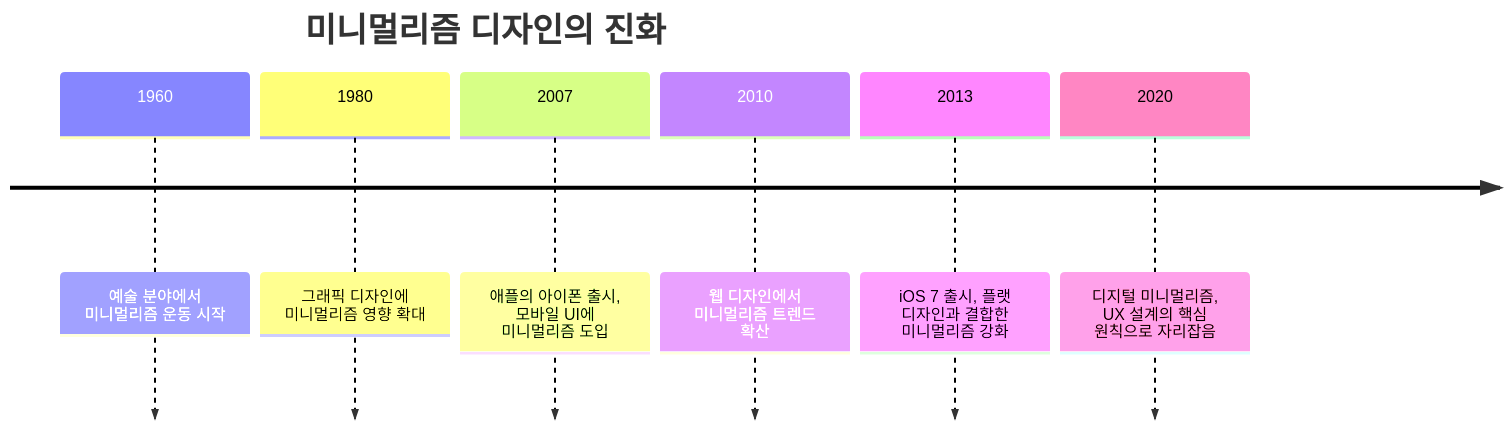
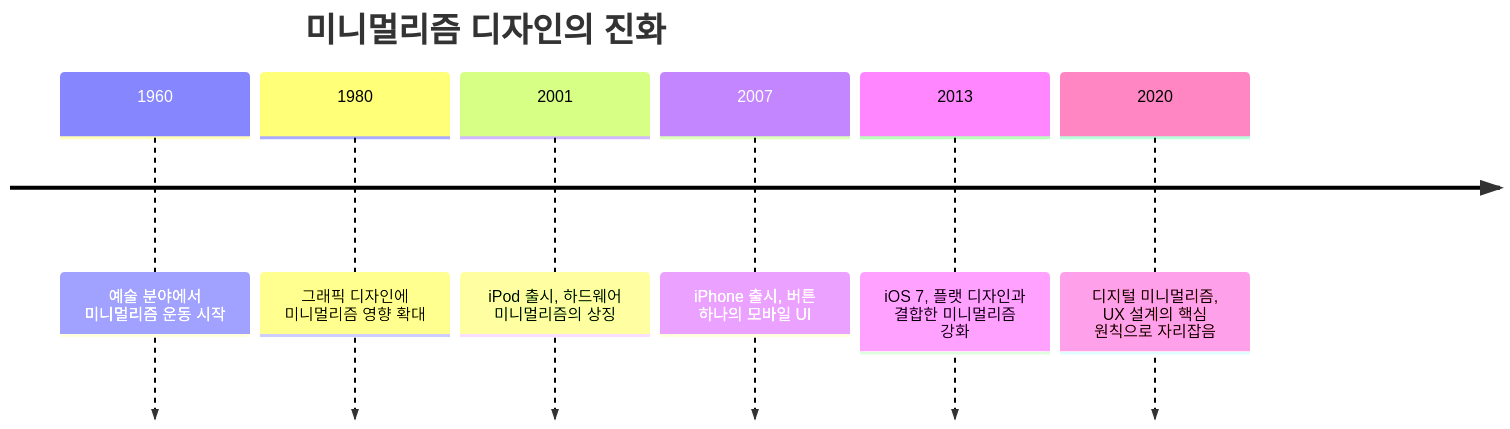
Before and after one commit to saejinpark/saejinpark.github.io: the diagram in _posts/design/style/2024-08-25-minimalism.md, drawn with Mermaid. The commit also changed other lines of this file and 23 other files, not shown here.

```diff
--- a/_posts/design/style/2024-08-25-minimalism.md
+++ b/_posts/design/style/2024-08-25-minimalism.md
@@ -33,10 +39,10 @@
 <div class="mermaid">
 timeline
   title 미니멀리즘 디자인의 진화
   1960 : 예술 분야에서 미니멀리즘 운동 시작
   1980 : 그래픽 디자인에 미니멀리즘 영향 확대
-  2007 : 애플의 아이폰 출시, 모바일 UI에 미니멀리즘 도입
-  2010 : 웹 디자인에서 미니멀리즘 트렌드 확산
-  2013 : iOS 7 출시, 플랫 디자인과 결합한 미니멀리즘 강화
+  2001 : iPod 출시, 하드웨어 미니멀리즘의 상징
+  2007 : iPhone 출시, 버튼 하나의 모바일 UI
+  2013 : iOS 7, 플랫 디자인과 결합한 미니멀리즘 강화
   2020 : 디지털 미니멀리즘, UX 설계의 핵심 원칙으로 자리잡음
 </div>
```
